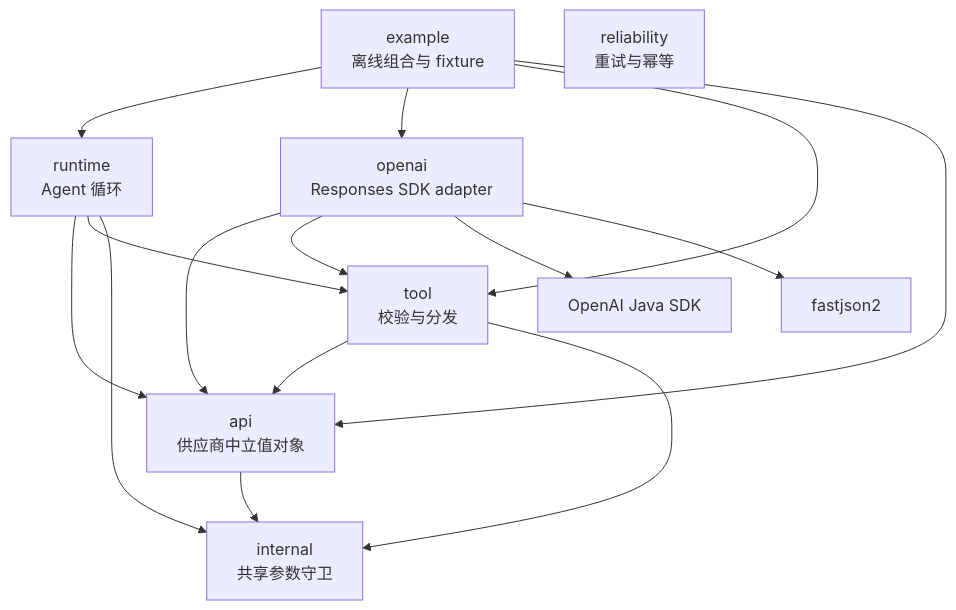
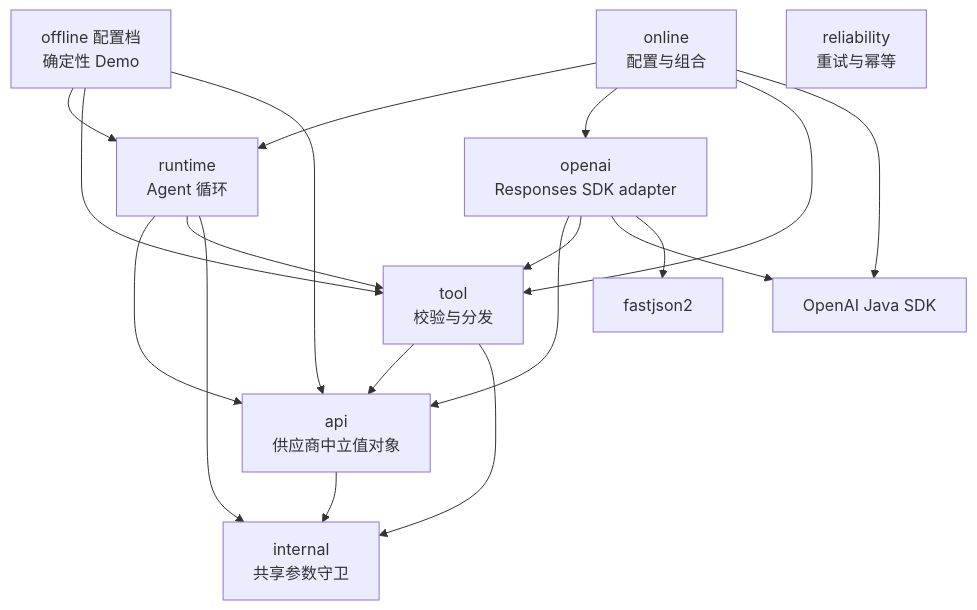
One commit to jamienlu/pickagent changed the second of 8 diagrams in responses-agent-runtime/docs/architecture.zh-CN.md. Above: the diagram before and after it, drawn with Mermaid. The commit also changed other lines of this file and 78 other files, not shown here.

````diff
--- a/responses-agent-runtime/docs/architecture.zh-CN.md
+++ b/responses-agent-runtime/docs/architecture.zh-CN.md
@@ -34,27 +37,31 @@
 ```mermaid
 flowchart TB
-    example[example<br/>离线组合与 fixture]
+    offline[offline 配置档<br/>确定性 Demo]
+    online[online<br/>配置与组合]
     openai[openai<br/>Responses SDK adapter]
     runtime[runtime<br/>Agent 循环]
     tool[tool<br/>校验与分发]
     reliability[reliability<br/>重试与幂等]
     api[api<br/>供应商中立值对象]
     internal[internal<br/>共享参数守卫]
     sdk[OpenAI Java SDK]
     json[fastjson2]
 
-    example --> runtime
-    example --> openai
-    example --> tool
-    example --> api
+    offline --> runtime
+    offline --> tool
+    offline --> api
+    online --> runtime
+    online --> openai
+    online --> tool
+    online --> sdk
     openai --> api
     openai --> tool
     openai --> sdk
     openai --> json
     runtime --> api
     runtime --> tool
     runtime --> internal
     tool --> api
     tool --> internal
     api --> internal
 ```
````
